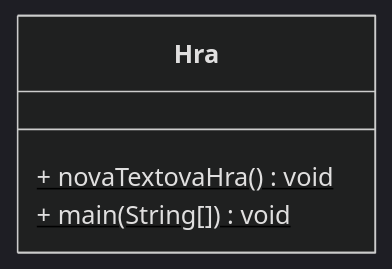
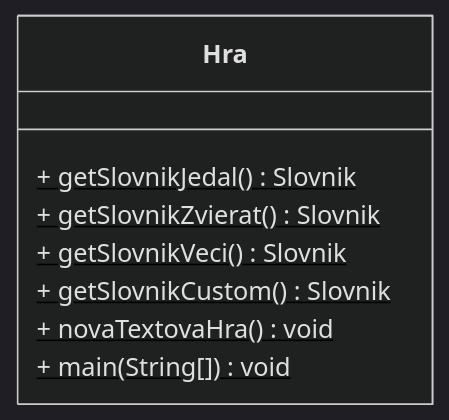
Before and after one commit to wagjo/oop: the fourth of 4 diagrams in docs/cvicenie-3/c08-konstruktor.md, drawn with Mermaid (dark theme). The commit also changed other lines of this file and 3 other files, not shown here.

````diff
--- a/docs/cvicenie-3/c08-konstruktor.md
+++ b/docs/cvicenie-3/c08-konstruktor.md
@@ -229,8 +323,12 @@
 ```mermaid
 classDiagram
 direction BT
 class Hra {
+  + getSlovnikJedal()$ Slovnik
+  + getSlovnikZvierat()$ Slovnik
+  + getSlovnikVeci()$ Slovnik
+  + getSlovnikCustom()$ Slovnik
   + novaTextovaHra()$ void
   + main(String[])$ void
 }
 ```
````
